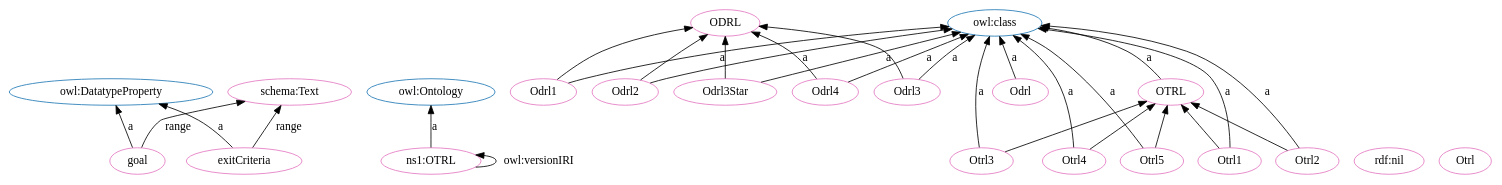
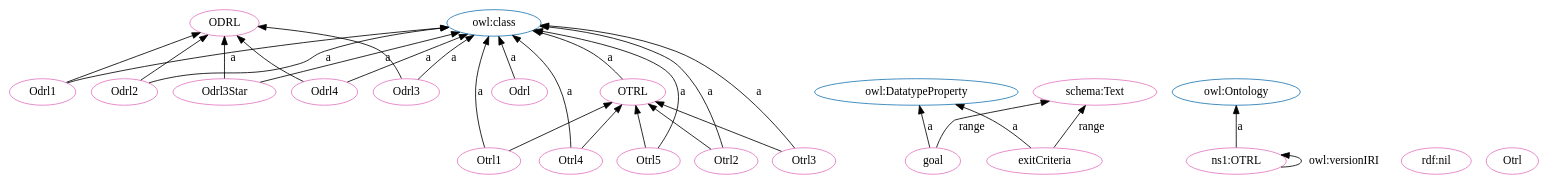
Before and after one commit to OPEN-NEXT/OKH-LOSH: the diagram in OTRL.dot, drawn with Graphviz. The commit also changed other lines of this file and 15 other files, not shown here.

```diff
--- a/OTRL.dot
+++ b/OTRL.dot
@@ -1,56 +1,56 @@
 digraph G {
   rankdir=BT
   node[height=.3]
+"http://purl.org/oseg/ontologies/OTRL#ODRL" [fillcolor="#1f77b4" color="#1f77b4" label="ODRL"]
+"http://purl.org/oseg/ontologies/OTRL#OTRL" [fillcolor="#1f77b4" color="#1f77b4" label="OTRL"]
 "http://www.w3.org/2002/07/owl#DatatypeProperty" [fillcolor="#1f77b4" color="#1f77b4" label="owl:DatatypeProperty"]
 "http://www.w3.org/2002/07/owl#Ontology" [fillcolor="#1f77b4" color="#1f77b4" label="owl:Ontology"]
-"http://purl.org/oseg/ontologies/OTRL#OTRL" [fillcolor="#1f77b4" color="#1f77b4" label="OTRL"]
 "http://www.w3.org/2002/07/owl#class" [fillcolor="#1f77b4" color="#1f77b4" label="owl:class"]
-"http://purl.org/oseg/ontologies/OTRL#ODRL" [fillcolor="#1f77b4" color="#1f77b4" label="ODRL"]
-"http://purl.org/oseg/ontologies/OTRL#Otrl4" [fillcolor="#e377c2" color="#e377c2" label="Otrl4"]
+"http://purl.org/oseg/ontologies/OTRL#Odrl4" [fillcolor="#e377c2" color="#e377c2" label="Odrl4"]
+"http://purl.org/oseg/ontologies/OTRL" [fillcolor="#e377c2" color="#e377c2" label="ns1:OTRL"]
+"http://purl.org/oseg/ontologies/OTRL#OTRL" [fillcolor="#e377c2" color="#e377c2" label="OTRL"]
+"http://purl.org/oseg/ontologies/OTRL#ODRL" [fillcolor="#e377c2" color="#e377c2" label="ODRL"]
+"http://purl.org/oseg/ontologies/OTRL#Otrl3" [fillcolor="#e377c2" color="#e377c2" label="Otrl3"]
+"http://schema.org/Text" [fillcolor="#e377c2" color="#e377c2" label="schema:Text"]
 "http://www.w3.org/1999/02/22-rdf-syntax-ns#nil" [fillcolor="#e377c2" color="#e377c2" label="rdf:nil"]
-"http://purl.org/oseg/ontologies/OTRL#Odrl4" [fillcolor="#e377c2" color="#e377c2" label="Odrl4"]
+"http://purl.org/oseg/ontologies/OTRL#Otrl" [fillcolor="#e377c2" color="#e377c2" label="Otrl"]
+"http://purl.org/oseg/ontologies/OTRL#Otrl5" [fillcolor="#e377c2" color="#e377c2" label="Otrl5"]
+"http://purl.org/oseg/ontologies/OTRL#Odrl3" [fillcolor="#e377c2" color="#e377c2" label="Odrl3"]
+"http://purl.org/oseg/ontologies/OTRL#goal" [fillcolor="#e377c2" color="#e377c2" label="goal"]
+"http://purl.org/oseg/ontologies/OTRL#Odrl" [fillcolor="#e377c2" color="#e377c2" label="Odrl"]
+"http://purl.org/oseg/ontologies/OTRL#Otrl1" [fillcolor="#e377c2" color="#e377c2" label="Otrl1"]
 "http://purl.org/oseg/ontologies/OTRL#Otrl2" [fillcolor="#e377c2" color="#e377c2" label="Otrl2"]
 "http://purl.org/oseg/ontologies/OTRL#Odrl3Star" [fillcolor="#e377c2" color="#e377c2" label="Odrl3Star"]
-"http://purl.org/oseg/ontologies/OTRL#OTRL" [fillcolor="#e377c2" color="#e377c2" label="OTRL"]
-"http://purl.org/oseg/ontologies/OTRL#Odrl" [fillcolor="#e377c2" color="#e377c2" label="Odrl"]
-"http://purl.org/oseg/ontologies/OTRL#Odrl3" [fillcolor="#e377c2" color="#e377c2" label="Odrl3"]
-"http://purl.org/oseg/ontologies/OTRL#Otrl" [fillcolor="#e377c2" color="#e377c2" label="Otrl"]
-"http://purl.org/oseg/ontologies/OTRL#ODRL" [fillcolor="#e377c2" color="#e377c2" label="ODRL"]
-"http://purl.org/oseg/ontologies/OTRL#Otrl5" [fillcolor="#e377c2" color="#e377c2" label="Otrl5"]
+"http://purl.org/oseg/ontologies/OTRL#exitCriteria" [fillcolor="#e377c2" color="#e377c2" label="exitCriteria"]
+"http://purl.org/oseg/ontologies/OTRL#Odrl2" [fillcolor="#e377c2" color="#e377c2" label="Odrl2"]
+"http://purl.org/oseg/ontologies/OTRL#Otrl4" [fillcolor="#e377c2" color="#e377c2" label="Otrl4"]
 "http://purl.org/oseg/ontologies/OTRL#Odrl1" [fillcolor="#e377c2" color="#e377c2" label="Odrl1"]
-"http://schema.org/Text" [fillcolor="#e377c2" color="#e377c2" label="schema:Text"]
-"http://purl.org/oseg/ontologies/OTRL#Otrl3" [fillcolor="#e377c2" color="#e377c2" label="Otrl3"]
-"http://purl.org/oseg/ontologies/OTRL" [fillcolor="#e377c2" color="#e377c2" label="ns1:OTRL"]
-"http://purl.org/oseg/ontologies/OTRL#Otrl1" [fillcolor="#e377c2" color="#e377c2" label="Otrl1"]
-"http://purl.org/oseg/ontologies/OTRL#goal" [fillcolor="#e377c2" color="#e377c2" label="goal"]
-"http://purl.org/oseg/ontologies/OTRL#Odrl2" [fillcolor="#e377c2" color="#e377c2" label="Odrl2"]
-"http://purl.org/oseg/ontologies/OTRL#exitCriteria" [fillcolor="#e377c2" color="#e377c2" label="exitCriteria"]
+  "http://purl.org/oseg/ontologies/OTRL" -> "http://www.w3.org/2002/07/owl#Ontology" [label="a"]
+  "http://purl.org/oseg/ontologies/OTRL#OTRL" -> "http://www.w3.org/2002/07/owl#class" [label="a"]
+  "http://purl.org/oseg/ontologies/OTRL#Odrl2" -> "http://purl.org/oseg/ontologies/OTRL#ODRL" [label=""]
+  "http://purl.org/oseg/ontologies/OTRL#Otrl2" -> "http://purl.org/oseg/ontologies/OTRL#OTRL" [label=""]
+  "http://purl.org/oseg/ontologies/OTRL#Otrl3" -> "http://purl.org/oseg/ontologies/OTRL#OTRL" [label=""]
+  "http://purl.org/oseg/ontologies/OTRL#Otrl1" -> "http://purl.org/oseg/ontologies/OTRL#OTRL" [label=""]
+  "http://purl.org/oseg/ontologies/OTRL#Otrl5" -> "http://www.w3.org/2002/07/owl#class" [label="a"]
+  "http://purl.org/oseg/ontologies/OTRL#Odrl3" -> "http://purl.org/oseg/ontologies/OTRL#ODRL" [label=""]
+  "http://purl.org/oseg/ontologies/OTRL" -> "http://purl.org/oseg/ontologies/OTRL" [label="owl:versionIRI"]
+  "http://purl.org/oseg/ontologies/OTRL#Odrl4" -> "http://purl.org/oseg/ontologies/OTRL#ODRL" [label=""]
+  "http://purl.org/oseg/ontologies/OTRL#Odrl3" -> "http://www.w3.org/2002/07/owl#class" [label="a"]
+  "http://purl.org/oseg/ontologies/OTRL#Odrl2" -> "http://www.w3.org/2002/07/owl#class" [label="a"]
   "http://purl.org/oseg/ontologies/OTRL#Otrl4" -> "http://www.w3.org/2002/07/owl#class" [label="a"]
+  "http://purl.org/oseg/ontologies/OTRL#Odrl1" -> "http://purl.org/oseg/ontologies/OTRL#ODRL" [label=""]
+  "http://purl.org/oseg/ontologies/OTRL#Odrl1" -> "http://www.w3.org/2002/07/owl#class" [label="a"]
+  "http://purl.org/oseg/ontologies/OTRL#Odrl4" -> "http://www.w3.org/2002/07/owl#class" [label="a"]
+  "http://purl.org/oseg/ontologies/OTRL#Odrl3Star" -> "http://purl.org/oseg/ontologies/OTRL#ODRL" [label=""]
+  "http://purl.org/oseg/ontologies/OTRL#Otrl3" -> "http://www.w3.org/2002/07/owl#class" [label="a"]
+  "http://purl.org/oseg/ontologies/OTRL#Otrl5" -> "http://purl.org/oseg/ontologies/OTRL#OTRL" [label=""]
+  "http://purl.org/oseg/ontologies/OTRL#exitCriteria" -> "http://schema.org/Text" [label="range"]
+  "http://purl.org/oseg/ontologies/OTRL#goal" -> "http://schema.org/Text" [label="range"]
+  "http://purl.org/oseg/ontologies/OTRL#goal" -> "http://www.w3.org/2002/07/owl#DatatypeProperty" [label="a"]
+  "http://purl.org/oseg/ontologies/OTRL#Otrl4" -> "http://purl.org/oseg/ontologies/OTRL#OTRL" [label=""]
+  "http://purl.org/oseg/ontologies/OTRL#Otrl1" -> "http://www.w3.org/2002/07/owl#class" [label="a"]
   "http://purl.org/oseg/ontologies/OTRL#Otrl2" -> "http://www.w3.org/2002/07/owl#class" [label="a"]
-  "http://purl.org/oseg/ontologies/OTRL#Otrl5" -> "http://www.w3.org/2002/07/owl#class" [label="a"]
-  "http://purl.org/oseg/ontologies/OTRL#Otrl2" -> "http://purl.org/oseg/ontologies/OTRL#OTRL" [label=""]
-  "http://purl.org/oseg/ontologies/OTRL#Odrl1" -> "http://www.w3.org/2002/07/owl#class" [label="a"]
-  "http://purl.org/oseg/ontologies/OTRL#exitCriteria" -> "http://schema.org/Text" [label="range"]
-  "http://purl.org/oseg/ontologies/OTRL#Odrl1" -> "http://purl.org/oseg/ontologies/OTRL#ODRL" [label=""]
-  "http://purl.org/oseg/ontologies/OTRL" -> "http://purl.org/oseg/ontologies/OTRL" [label="owl:versionIRI"]
-  "http://purl.org/oseg/ontologies/OTRL#goal" -> "http://schema.org/Text" [label="range"]
-  "http://purl.org/oseg/ontologies/OTRL#OTRL" -> "http://www.w3.org/2002/07/owl#class" [label="a"]
-  "http://purl.org/oseg/ontologies/OTRL#goal" -> "http://www.w3.org/2002/07/owl#DatatypeProperty" [label="a"]
-  "http://purl.org/oseg/ontologies/OTRL#Odrl2" -> "http://www.w3.org/2002/07/owl#class" [label="a"]
+  "http://purl.org/oseg/ontologies/OTRL#Odrl3Star" -> "http://www.w3.org/2002/07/owl#class" [label="a"]
+  "http://purl.org/oseg/ontologies/OTRL#Odrl" -> "http://www.w3.org/2002/07/owl#class" [label="a"]
   "http://purl.org/oseg/ontologies/OTRL#exitCriteria" -> "http://www.w3.org/2002/07/owl#DatatypeProperty" [label="a"]
-  "http://purl.org/oseg/ontologies/OTRL#Odrl2" -> "http://purl.org/oseg/ontologies/OTRL#ODRL" [label=""]
-  "http://purl.org/oseg/ontologies/OTRL#Odrl4" -> "http://www.w3.org/2002/07/owl#class" [label="a"]
-  "http://purl.org/oseg/ontologies/OTRL#Odrl3Star" -> "http://www.w3.org/2002/07/owl#class" [label="a"]
-  "http://purl.org/oseg/ontologies/OTRL#Otrl3" -> "http://purl.org/oseg/ontologies/OTRL#OTRL" [label=""]
-  "http://purl.org/oseg/ontologies/OTRL#Odrl3" -> "http://www.w3.org/2002/07/owl#class" [label="a"]
-  "http://purl.org/oseg/ontologies/OTRL#Odrl4" -> "http://purl.org/oseg/ontologies/OTRL#ODRL" [label=""]
-  "http://purl.org/oseg/ontologies/OTRL#Odrl3Star" -> "http://purl.org/oseg/ontologies/OTRL#ODRL" [label=""]
-  "http://purl.org/oseg/ontologies/OTRL#Otrl1" -> "http://purl.org/oseg/ontologies/OTRL#OTRL" [label=""]
-  "http://purl.org/oseg/ontologies/OTRL#Odrl3" -> "http://purl.org/oseg/ontologies/OTRL#ODRL" [label=""]
-  "http://purl.org/oseg/ontologies/OTRL#Otrl3" -> "http://www.w3.org/2002/07/owl#class" [label="a"]
-  "http://purl.org/oseg/ontologies/OTRL#Odrl" -> "http://www.w3.org/2002/07/owl#class" [label="a"]
-  "http://purl.org/oseg/ontologies/OTRL#Otrl1" -> "http://www.w3.org/2002/07/owl#class" [label="a"]
-  "http://purl.org/oseg/ontologies/OTRL#Otrl4" -> "http://purl.org/oseg/ontologies/OTRL#OTRL" [label=""]
-  "http://purl.org/oseg/ontologies/OTRL#Otrl5" -> "http://purl.org/oseg/ontologies/OTRL#OTRL" [label=""]
-  "http://purl.org/oseg/ontologies/OTRL" -> "http://www.w3.org/2002/07/owl#Ontology" [label="a"]
 }
```
